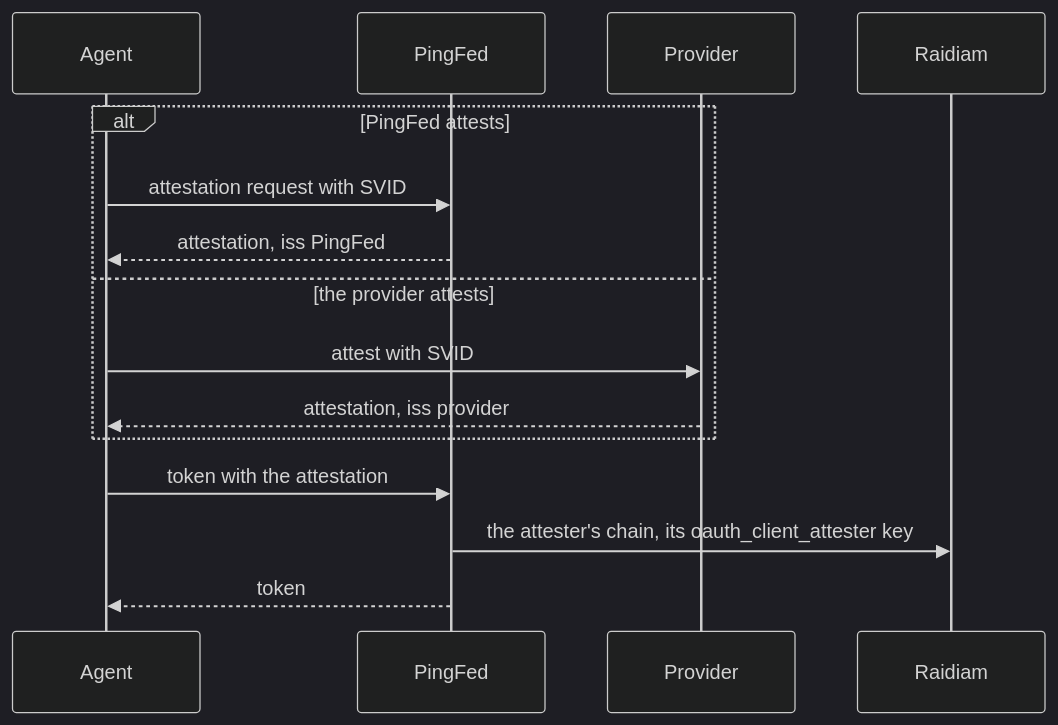
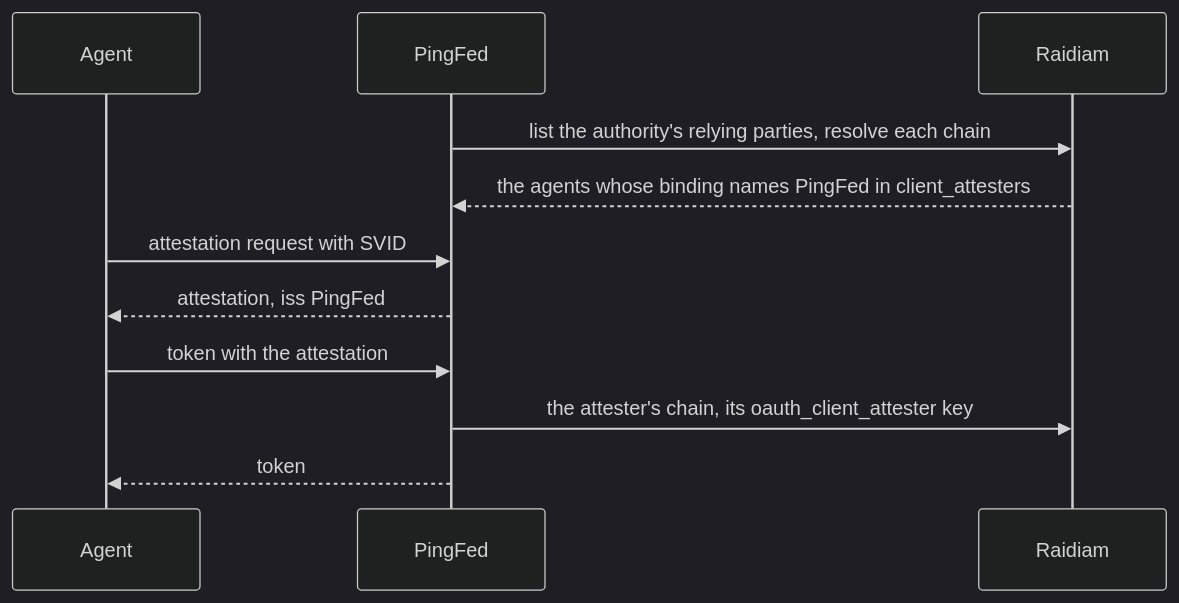
Before and after one commit to MC-IDPartners/pf-agentic-identity: diagram 12 of 21 in demo/flows.md, drawn with Mermaid (dark theme). The commit also changed other lines of this file and 8 other files, not shown here.

````diff
--- a/demo/flows.md
+++ b/demo/flows.md
@@ -330,17 +346,13 @@
 ```mermaid
 sequenceDiagram
     participant AG as Agent
     participant PF as PingFed
-    participant PR as Provider
     participant RD as Raidiam
-    alt PingFed attests
-        AG->>PF: attestation request with SVID
-        PF-->>AG: attestation, iss PingFed
-    else the provider attests
-        AG->>PR: attest with SVID
-        PR-->>AG: attestation, iss provider
-    end
+    PF->>RD: list the authority's relying parties, resolve each chain
+    RD-->>PF: the agents whose binding names PingFed in client_attesters
+    AG->>PF: attestation request with SVID
+    PF-->>AG: attestation, iss PingFed
     AG->>PF: token with the attestation
     PF->>RD: the attester's chain, its oauth_client_attester key
     PF-->>AG: token
 ```
````
